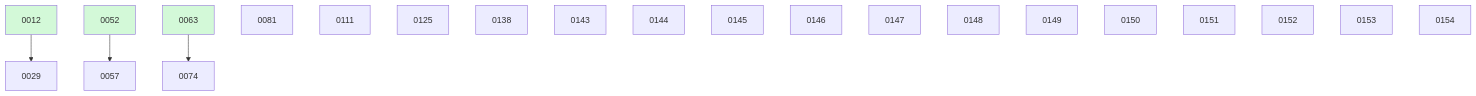
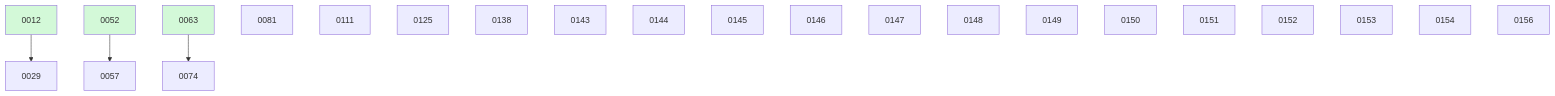
The diagram in docs/changes/BOARD.md (ethanhinson/fuse), drawn with Mermaid before and after one commit. The commit also changed other lines of this file and 1 other file, not shown here.

````diff
--- a/docs/changes/BOARD.md
+++ b/docs/changes/BOARD.md
@@ -44,26 +45,27 @@
 ```mermaid
 graph TD
   0012 --> 0029
   0052 --> 0057
   0063 --> 0074
   0081
   0111
   0125
   0138
   0143
   0144
   0145
   0146
   0147
   0148
   0149
   0150
   0151
   0152
   0153
   0154
+  0156
   0012:::done
   0052:::done
   0063:::done
   classDef done fill:#d3f9d8;
 ```
````
